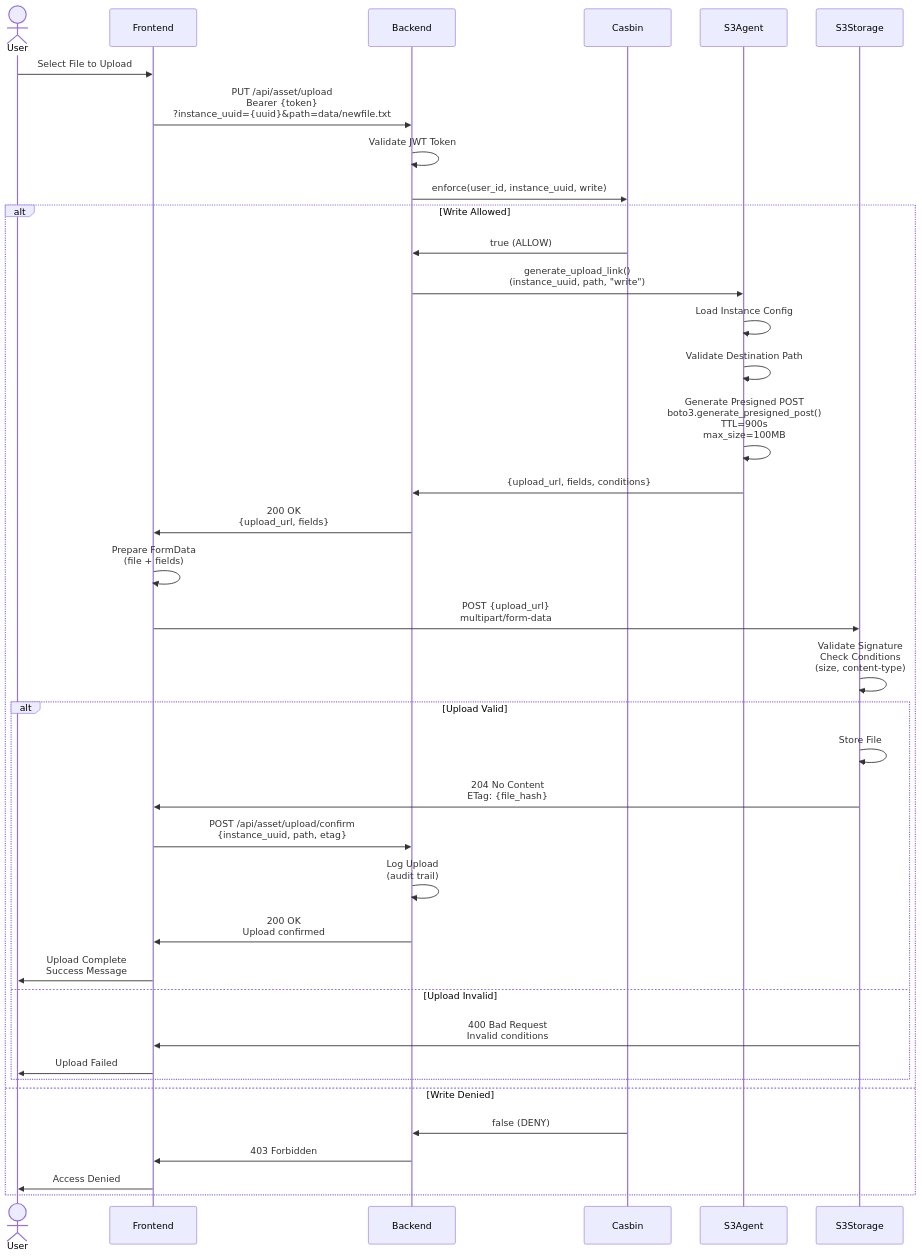
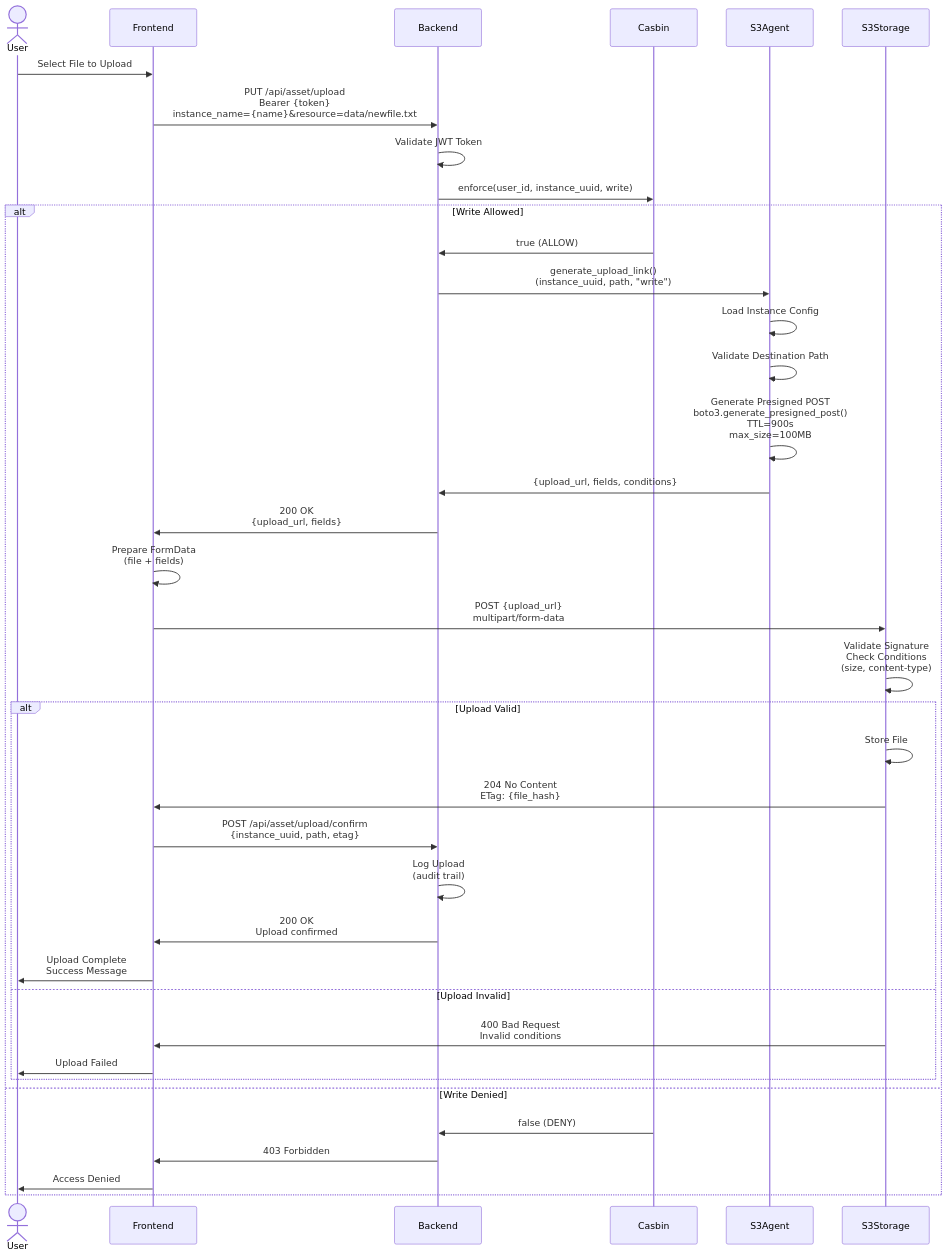
Before and after one commit to INN-SFU/Data-Portal: the second of 6 diagrams in docs/diagrams/sequence-storage-access.md, drawn with Mermaid. The commit also changed other lines of this file and 13 other files, not shown here.

````diff
--- a/docs/diagrams/sequence-storage-access.md
+++ b/docs/diagrams/sequence-storage-access.md
@@ -59,58 +59,58 @@
 ```mermaid
 sequenceDiagram
     actor User
     participant Frontend
     participant Backend
     participant Casbin
     participant S3Agent
     participant S3Storage
 
     User->>Frontend: Select File to Upload
-    Frontend->>Backend: PUT /api/asset/upload<br/>Bearer {token}<br/>?instance_uuid={uuid}&path=data/newfile.txt
+    Frontend->>Backend: PUT /api/asset/upload<br/>Bearer {token}<br/>instance_name={name}&resource=data/newfile.txt
 
     Backend->>Backend: Validate JWT Token
     Backend->>Casbin: enforce(user_id, instance_uuid, write)
 
     alt Write Allowed
         Casbin->>Backend: true (ALLOW)
 
         Backend->>S3Agent: generate_upload_link()<br/>(instance_uuid, path, "write")
 
         S3Agent->>S3Agent: Load Instance Config
         S3Agent->>S3Agent: Validate Destination Path
 
         S3Agent->>S3Agent: Generate Presigned POST<br/>boto3.generate_presigned_post()<br/>TTL=900s<br/>max_size=100MB
 
         S3Agent->>Backend: {upload_url, fields, conditions}
 
         Backend->>Frontend: 200 OK<br/>{upload_url, fields}
 
         Frontend->>Frontend: Prepare FormData<br/>(file + fields)
 
         Frontend->>S3Storage: POST {upload_url}<br/>multipart/form-data
 
         S3Storage->>S3Storage: Validate Signature<br/>Check Conditions<br/>(size, content-type)
 
         alt Upload Valid
             S3Storage->>S3Storage: Store File
             S3Storage->>Frontend: 204 No Content<br/>ETag: {file_hash}
 
             Frontend->>Backend: POST /api/asset/upload/confirm<br/>{instance_uuid, path, etag}
 
             Backend->>Backend: Log Upload<br/>(audit trail)
 
             Backend->>Frontend: 200 OK<br/>Upload confirmed
 
             Frontend->>User: Upload Complete<br/>Success Message
 
         else Upload Invalid
             S3Storage->>Frontend: 400 Bad Request<br/>Invalid conditions
             Frontend->>User: Upload Failed
         end
 
     else Write Denied
         Casbin->>Backend: false (DENY)
         Backend->>Frontend: 403 Forbidden
         Frontend->>User: Access Denied
     end
 ```
````
